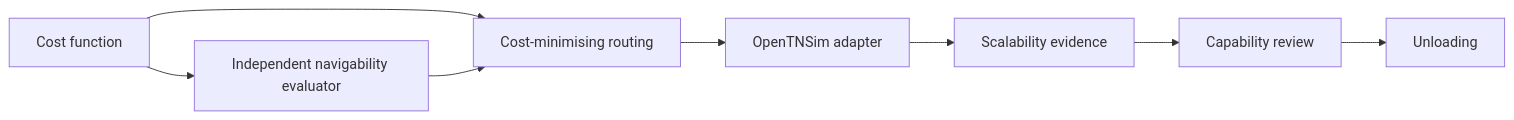
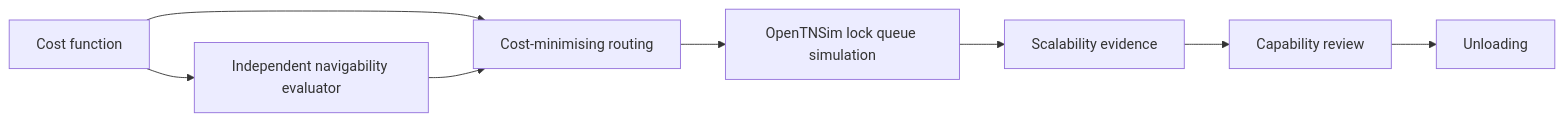
The diagram in docs/index.md (Deltares-research/iww-route-assignment), drawn with Mermaid before and after one commit. The commit also changed other lines of this file and 49 other files, not shown here.

Commit message:
added OpenTNSim simulation for lock simulation

````diff
--- a/docs/index.md
+++ b/docs/index.md
@@ -62,10 +64,10 @@
 ```mermaid
 flowchart LR
     A[Cost function] --> C[Independent navigability evaluator]
     A --> B[Cost-minimising routing]
     C --> B
-    B --> D[OpenTNSim adapter]
+    B --> D[OpenTNSim lock queue simulation]
     D --> E[Scalability evidence]
     E --> F[Capability review]
     F --> G[Unloading]
 ```
````
